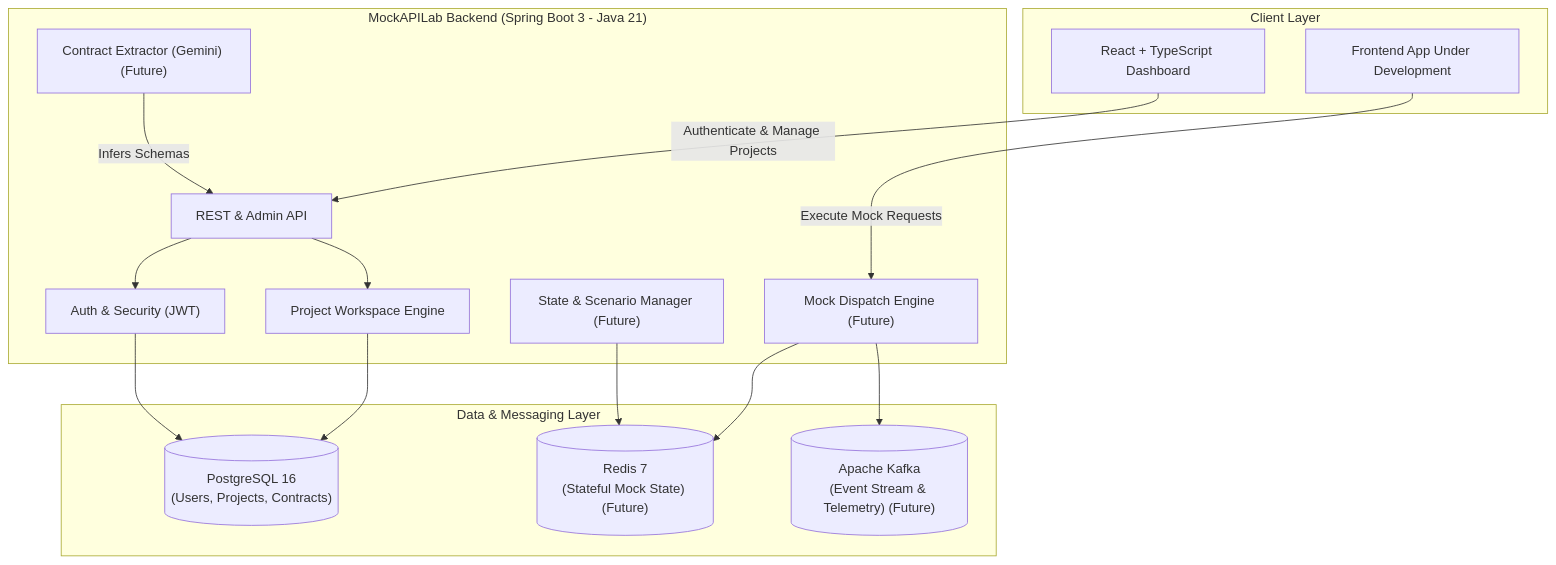
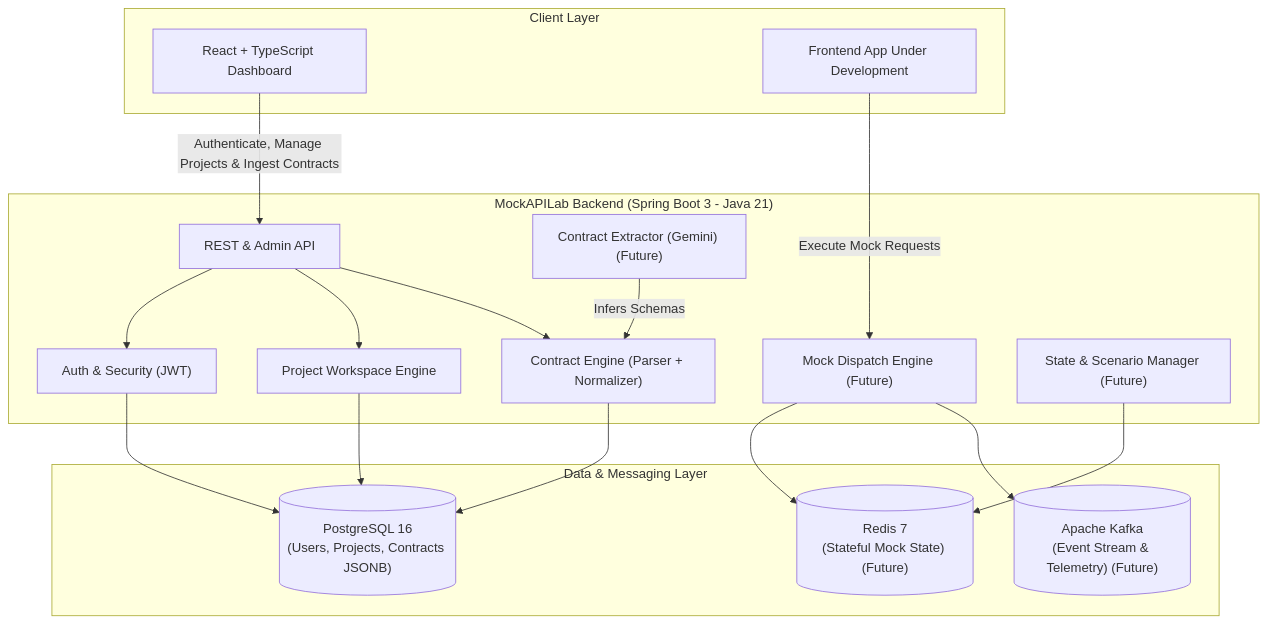
Before and after one commit to aadesh-2006/MockAPILab: the diagram in docs/architecture.md, drawn with Mermaid. The commit also changed other lines of this file and 36 other files, not shown here.

Commit message:
feat(m3): implement API contract ingestion and normalization

````diff
--- a/docs/architecture.md
+++ b/docs/architecture.md
@@ -33,33 +33,36 @@
 ```mermaid
 flowchart TD
     subgraph Client ["Client Layer"]
         UI["React + TypeScript Dashboard"]
         DevApp["Frontend App Under Development"]
     end
 
     subgraph Backend ["MockAPILab Backend (Spring Boot 3 - Java 21)"]
         API["REST & Admin API"]
         AuthModule["Auth & Security (JWT)"]
         ProjectModule["Project Workspace Engine"]
+        ContractModule["Contract Engine (Parser + Normalizer)"]
         Runtime["Mock Dispatch Engine (Future)"]
         AILayer["Contract Extractor (Gemini) (Future)"]
         ScenarioEngine["State & Scenario Manager (Future)"]
     end
 
     subgraph Data ["Data & Messaging Layer"]
-        PG[("PostgreSQL 16\n(Users, Projects, Contracts)")]
+        PG[("PostgreSQL 16\n(Users, Projects, Contracts JSONB)")]
         Redis[("Redis 7\n(Stateful Mock State) (Future)")]
         Kafka[("Apache Kafka\n(Event Stream & Telemetry) (Future)")]
     end
 
-    UI -->|Authenticate & Manage Projects| API
+    UI -->|Authenticate, Manage Projects & Ingest Contracts| API
     DevApp -->|Execute Mock Requests| Runtime
     API --> AuthModule
     API --> ProjectModule
+    API --> ContractModule
+    ContractModule --> PG
     ProjectModule --> PG
     AuthModule --> PG
     Runtime --> Redis
     Runtime --> Kafka
-    AILayer -->|Infers Schemas| API
+    AILayer -->|Infers Schemas| ContractModule
     ScenarioEngine --> Redis
 ```
````
